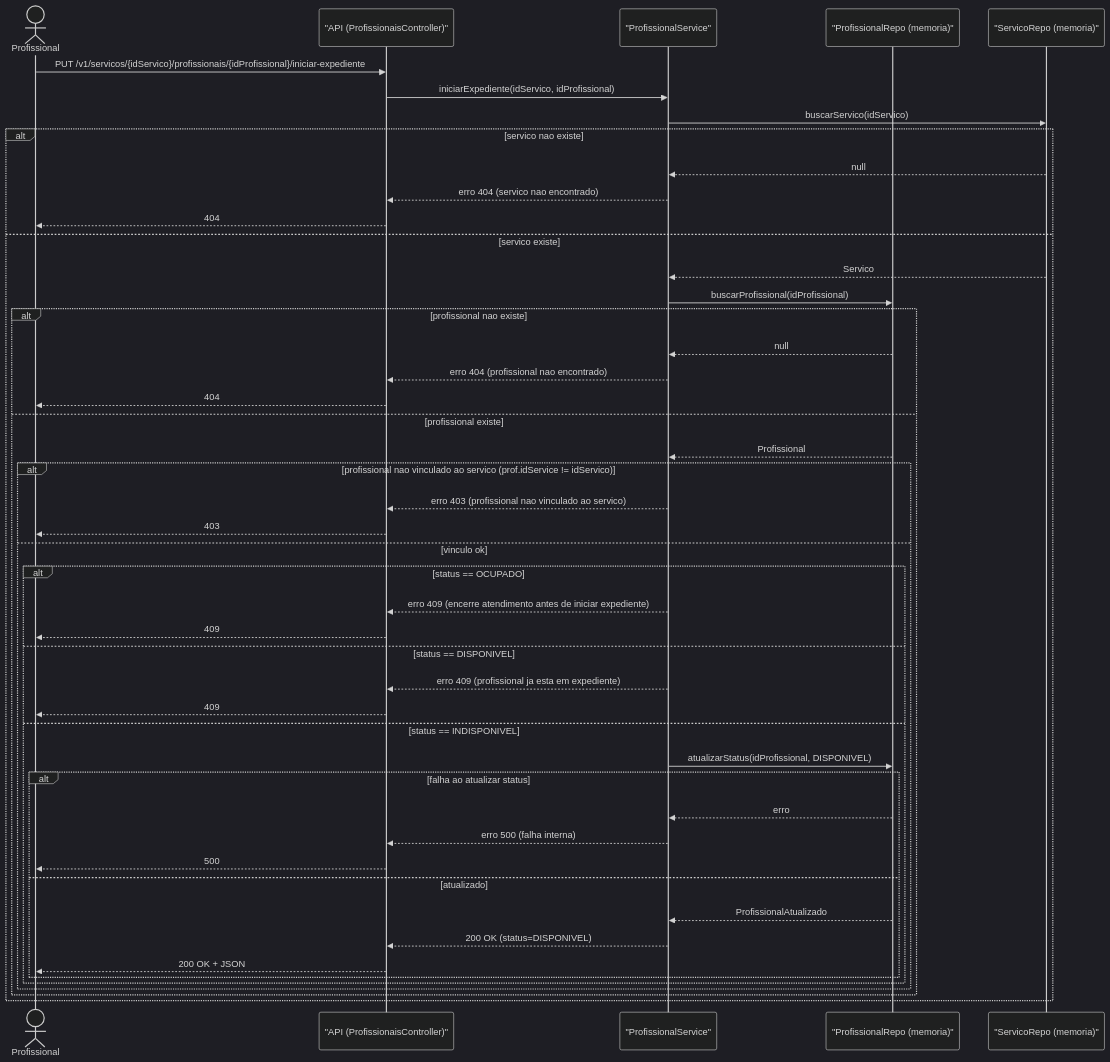
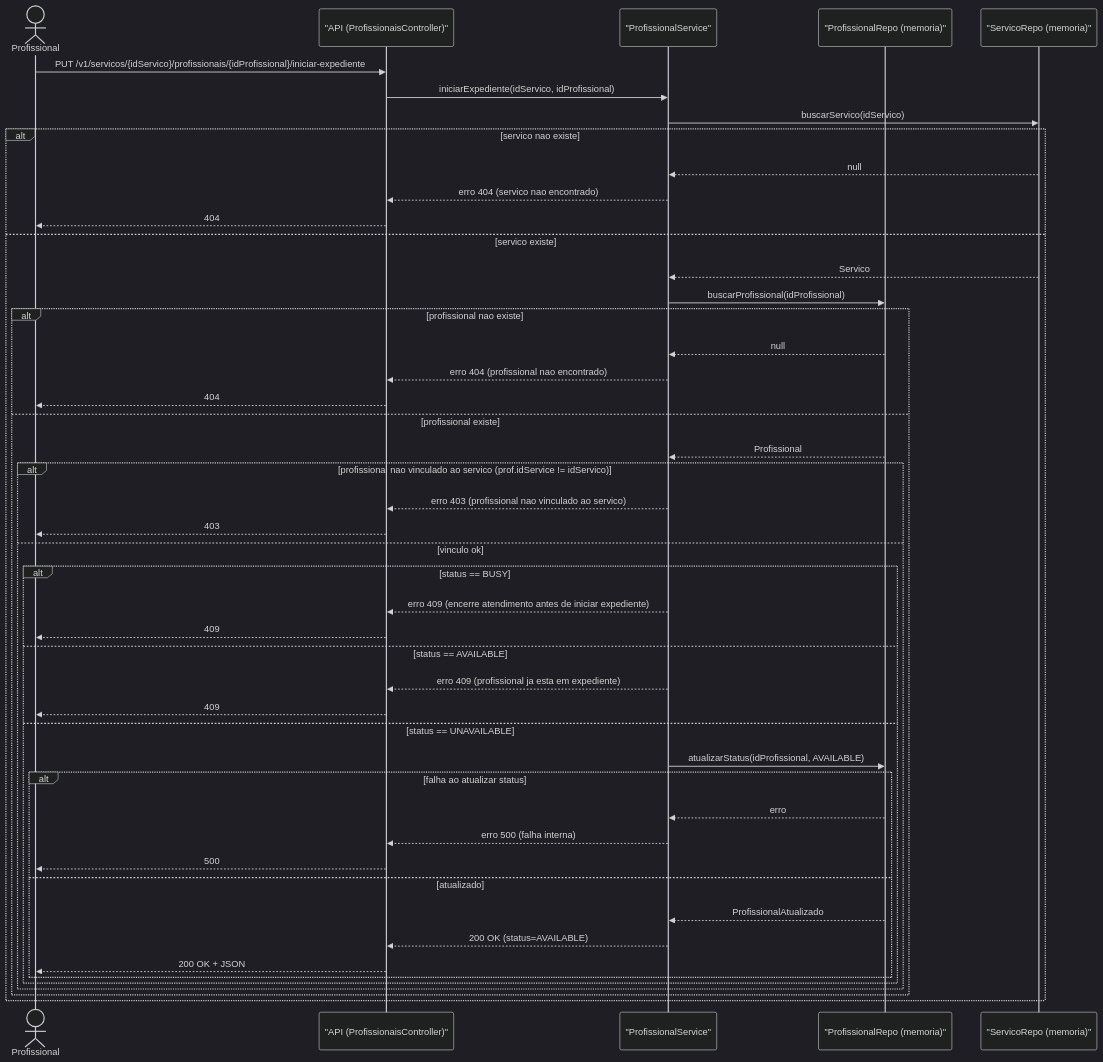
The sixth of 11 diagrams in docs/sequence_diagram.md (IsabelaSiqueira1/systemPDI), drawn with Mermaid (dark theme) before and after one commit. The commit also changed other lines of this file and 2 other files, not shown here.

````diff
--- a/docs/sequence_diagram.md
+++ b/docs/sequence_diagram.md
@@ -521,54 +521,54 @@
 ```mermaid
 
 sequenceDiagram
     actor Prof as Profissional
     participant API as "API (ProfissionaisController)"
     participant SVC as "ProfissionalService"
     participant PRepo as "ProfissionalRepo (memoria)"
     participant SRepo as "ServicoRepo (memoria)"
 
     Prof->>API: PUT /v1/servicos/{idServico}/profissionais/{idProfissional}/iniciar-expediente
     API->>SVC: iniciarExpediente(idServico, idProfissional)
 
     SVC->>SRepo: buscarServico(idServico)
     alt servico nao existe
         SRepo-->>SVC: null
         SVC-->>API: erro 404 (servico nao encontrado)
         API-->>Prof: 404
     else servico existe
         SRepo-->>SVC: Servico
 
         SVC->>PRepo: buscarProfissional(idProfissional)
         alt profissional nao existe
             PRepo-->>SVC: null
             SVC-->>API: erro 404 (profissional nao encontrado)
             API-->>Prof: 404
         else profissional existe
             PRepo-->>SVC: Profissional
 
             alt profissional nao vinculado ao servico (prof.idService != idServico)
                 SVC-->>API: erro 403 (profissional nao vinculado ao servico)
                 API-->>Prof: 403
             else vinculo ok
-                alt status == OCUPADO
+                alt status == BUSY
                     SVC-->>API: erro 409 (encerre atendimento antes de iniciar expediente)
                     API-->>Prof: 409
-                else status == DISPONIVEL
+                else status == AVAILABLE
                     SVC-->>API: erro 409 (profissional ja esta em expediente)
                     API-->>Prof: 409
-                else status == INDISPONIVEL
-                    SVC->>PRepo: atualizarStatus(idProfissional, DISPONIVEL)
+                else status == UNAVAILABLE
+                    SVC->>PRepo: atualizarStatus(idProfissional, AVAILABLE)
                     alt falha ao atualizar status
                         PRepo-->>SVC: erro
                         SVC-->>API: erro 500 (falha interna)
                         API-->>Prof: 500
                     else atualizado
                         PRepo-->>SVC: ProfissionalAtualizado
-                        SVC-->>API: 200 OK (status=DISPONIVEL)
+                        SVC-->>API: 200 OK (status=AVAILABLE)
                         API-->>Prof: 200 OK + JSON
                     end
                 end
             end
         end
     end
 ```
````
